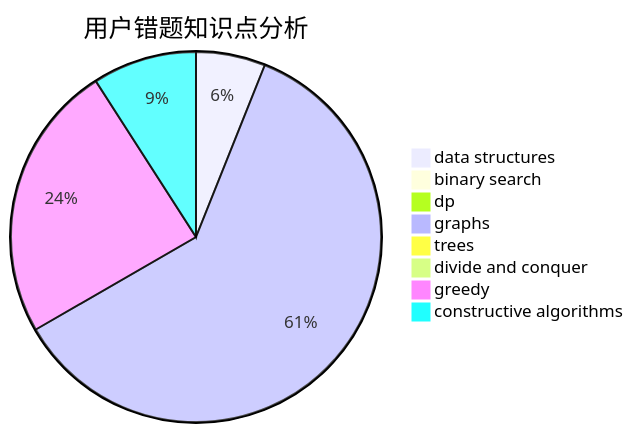
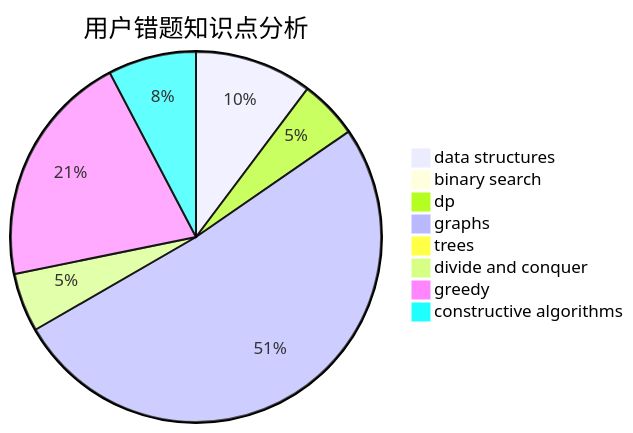
Before and after one commit to sherpahu/cfrs.github.io: the third of 3 diagrams in docs/user/u2698.md, drawn with Mermaid. The commit also changed other lines of this file and 2770 other files, not shown here.

````diff
--- a/docs/user/u2698.md
+++ b/docs/user/u2698.md
@@ -36,11 +36,11 @@
 ```mermaid
 pie title 用户错题知识点分析
-    "data structures" :  2
+    "data structures" :  4
     "binary search" :  0
-    "dp" :  0
+    "dp" :  2
     "graphs" :  20
     "trees" :  0
-    "divide and conquer" :  0
+    "divide and conquer" :  2
     "greedy" :  8
     "constructive algorithms" :  3
 ```
````
